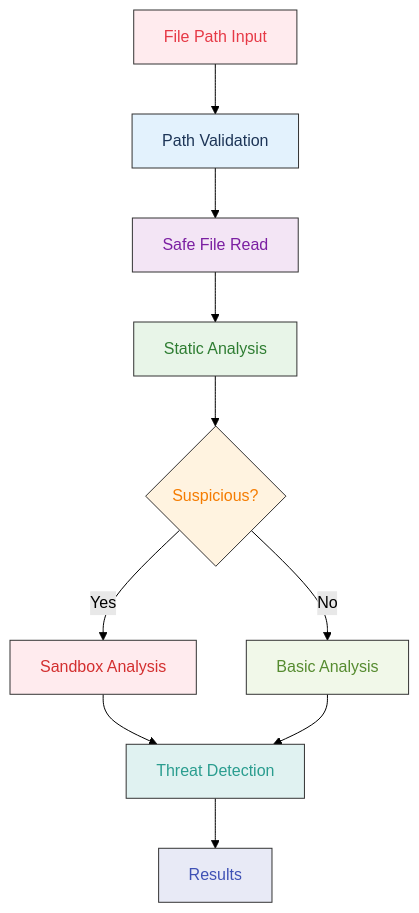
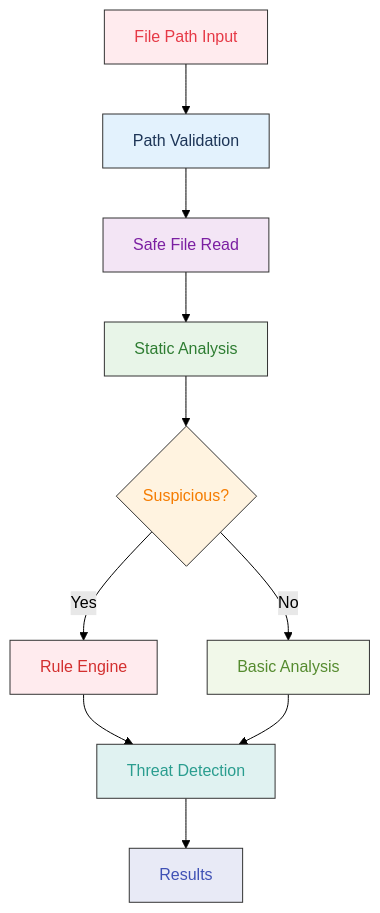
Before and after one commit to kurt-grung/NullVoid: the second of 2 diagrams in README.md, drawn with Mermaid (forest theme). The commit also changed other lines of this file and 1 other file, not shown here.

````diff
--- a/README.md
+++ b/README.md
@@ -794,23 +790,23 @@
 ```mermaid
 graph TD
     A[File Path Input] --> B[Path Validation]
     B --> C[Safe File Read]
     C --> D[Static Analysis]
     D --> E{Suspicious?}
-    E -->|Yes| F[Sandbox Analysis]
+    E -->|Yes| F[Rule Engine]
     E -->|No| G[Basic Analysis]
     F --> H[Threat Detection]
     G --> H
     H --> I[Results]
 
     %% Styling for all nodes
     style A fill:#ffebee,stroke:#333,color:#e63946
     style B fill:#e3f2fd,stroke:#333,color:#1d3557
     style C fill:#f3e5f5,stroke:#333,color:#7b1fa2
     style D fill:#e8f5e8,stroke:#333,color:#2e7d32
     style E fill:#fff3e0,stroke:#333,color:#f57c00
     style F fill:#ffebee,stroke:#333,color:#d32f2f
     style G fill:#f1f8e9,stroke:#333,color:#558b2f
     style H fill:#e0f2f1,stroke:#333,color:#2a9d8f
     style I fill:#e8eaf6,stroke:#333,color:#3f51b5
 ```
````
